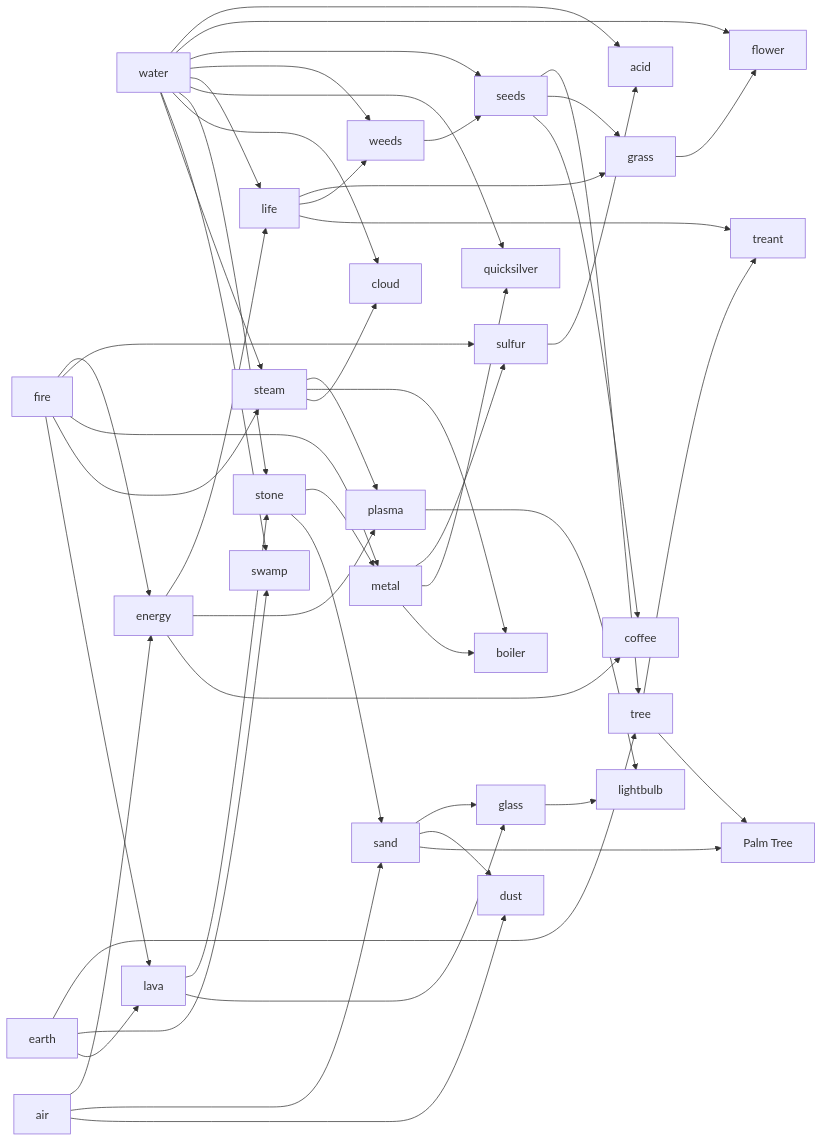
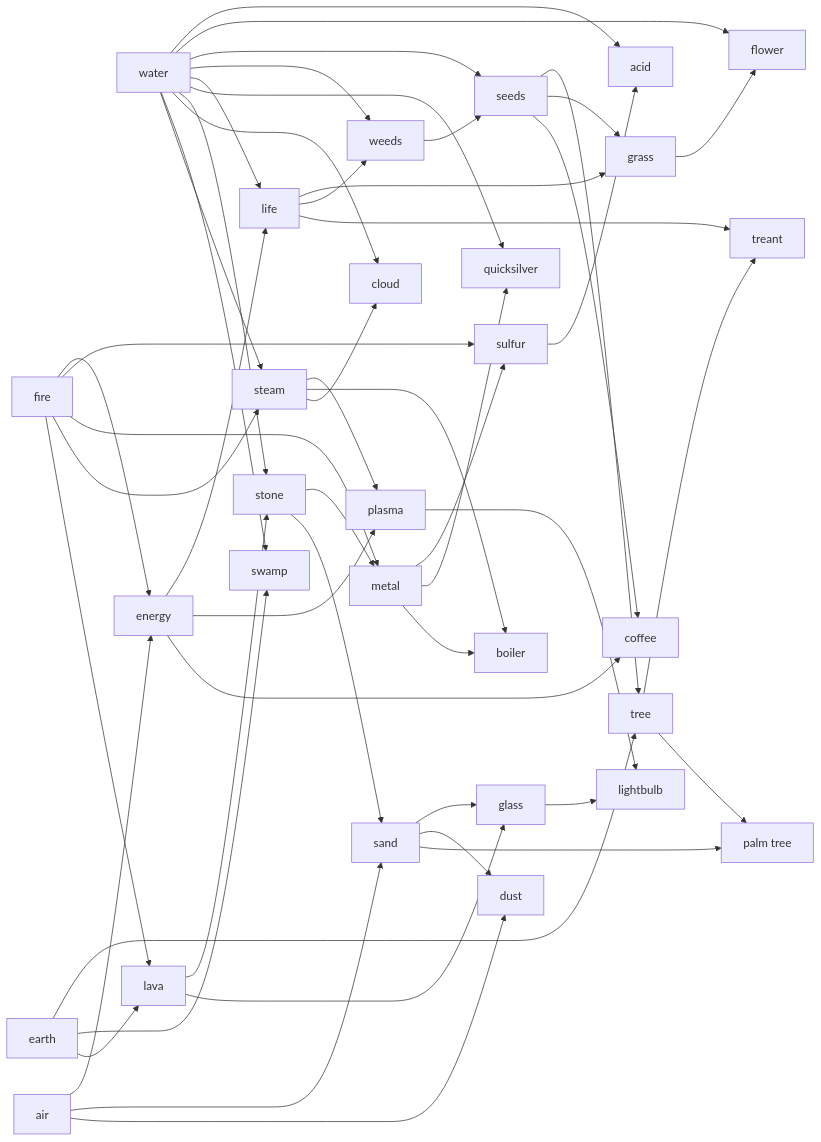
One commit to res0nat0r/doodle-god changed the diagram in README.md. Above: the diagram before and after it, drawn with Mermaid.

Commit message:
lowercase

````diff
--- a/README.md
+++ b/README.md
@@ -4,78 +4,78 @@
 ```mermaid
 graph LR
 
 sulfur -->  acid
 water --> acid
 
 seeds --> tree
 earth --> tree
 
 grass --> flower
 water --> flower
 
 seeds --> grass
 life --> grass
 
 weeds --> seeds
 water --> seeds
 
 life --> weeds
 water --> weeds
 
 energy --> life
 water --> life
 
 energy --> plasma
 steam --> plasma
 
 fire --> energy
 air --> energy
 
 metal --> sulfur
 fire --> sulfur
 
 metal --> quicksilver
 water --> quicksilver
 
 metal --> boiler
 steam --> boiler
 
 stone --> metal
 fire --> metal
 
 lava --> stone
 water --> stone
 
 water --> cloud
 steam --> cloud
 
 earth --> swamp
 water --> swamp
 
 water --> steam
 fire --> steam
 
 fire --> lava
 earth --> lava
 
 tree --> treant
 life --> treant
 
 stone --> sand
 air --> sand
 
 sand --> glass
 lava --> glass
 
 sand --> dust
 air --> dust
 
 glass --> lightbulb
 plasma --> lightbulb
 
 seeds --> coffee
 energy --> coffee
 
-sand --> palmtree[Palm Tree]
-tree --> palmtree[Palm Tree]
+sand --> palmtree[palm tree]
+tree --> palmtree[palm tree]
 ```
````
